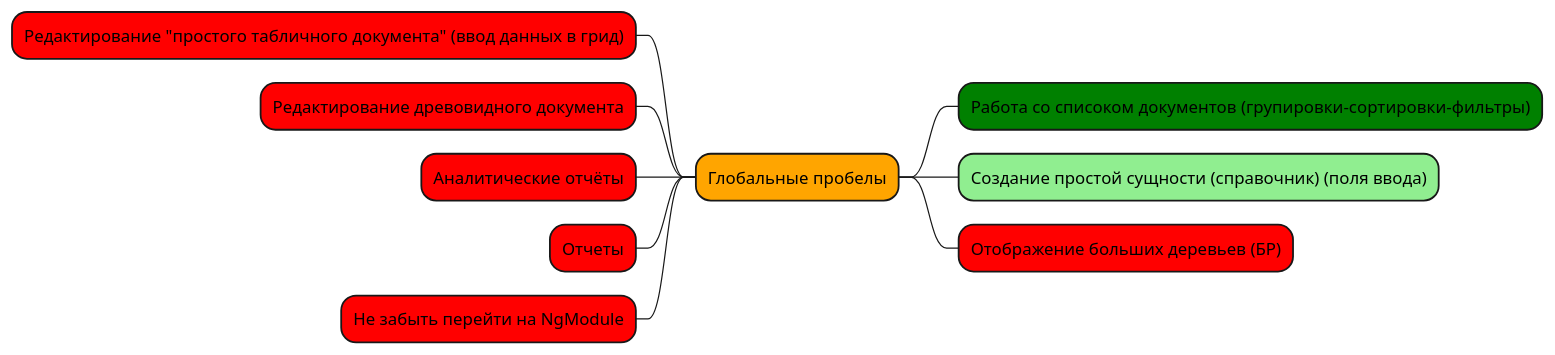
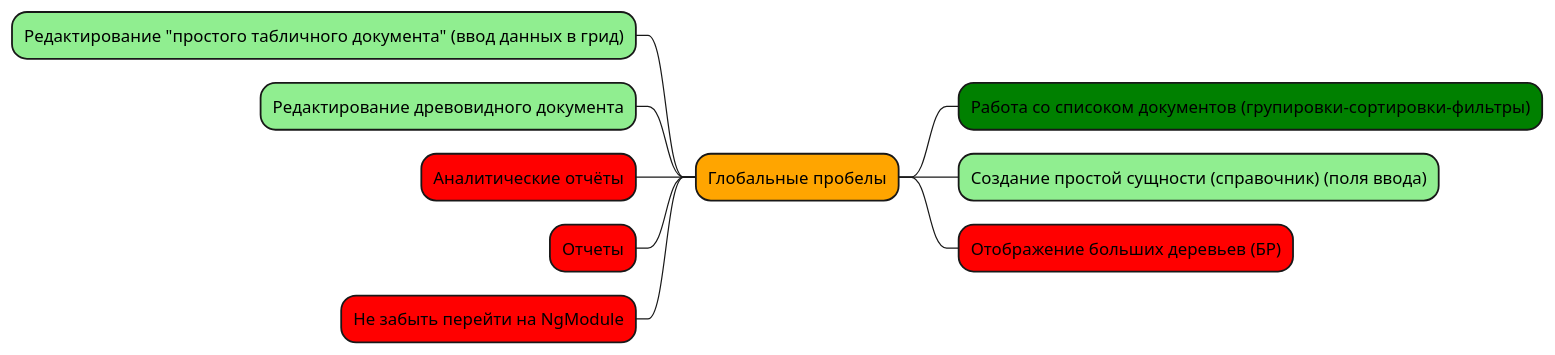
One commit to zavpav/RadDraft changed the diagram in RadAn2/an-rad/Pre.puml. Above: the diagram before and after it, drawn with PlantUML. The commit also changed 2 other files, not shown here.

Commit message:
Косметика по uml

```diff
--- a/RadAn2/an-rad/Pre.puml
+++ b/RadAn2/an-rad/Pre.puml
@@ -1,28 +1,28 @@
 @startmindmap
 <style>
 mindmapDiagram {
     node {
         BackgroundColor white
     }
     :depth(1) {
       BackGroundColor #ffbbcc
     }
 }
 </style>
 
 *[#Orange] Глобальные пробелы
 **[#Green] Работа со списоком документов (групировки-сортировки-фильтры)
 **[#LightGreen] Создание простой сущности (справочник) (поля ввода)
 **[#Red]   Отображение больших деревьев (БР)
 
 left side
 
-**[#Red]   Редактирование "простого табличного документа" (ввод данных в грид)
-**[#Red]   Редактирование древовидного документа
+**[#LightGreen]   Редактирование "простого табличного документа" (ввод данных в грид)
+**[#LightGreen]   Редактирование древовидного документа
 **[#Red]   Аналитические отчёты
 
 **[#Red]   Отчеты
 
 **[#Red]   Не забыть перейти на NgModule
 
 @endmindmap
```
